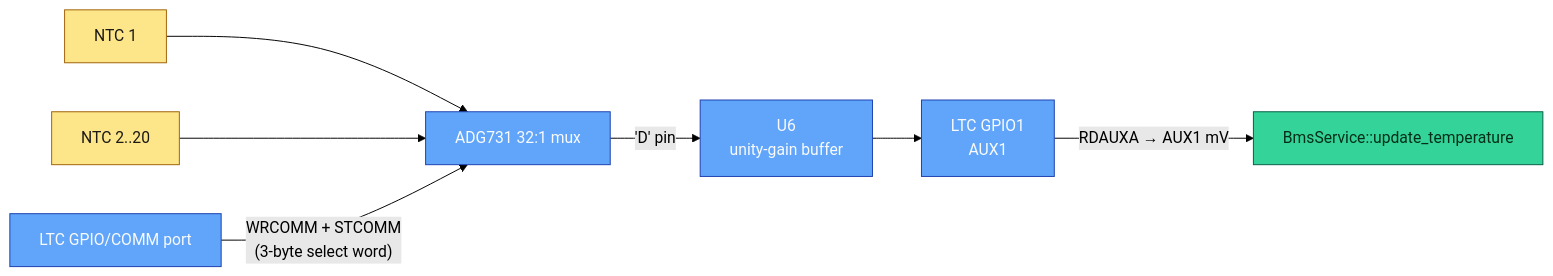
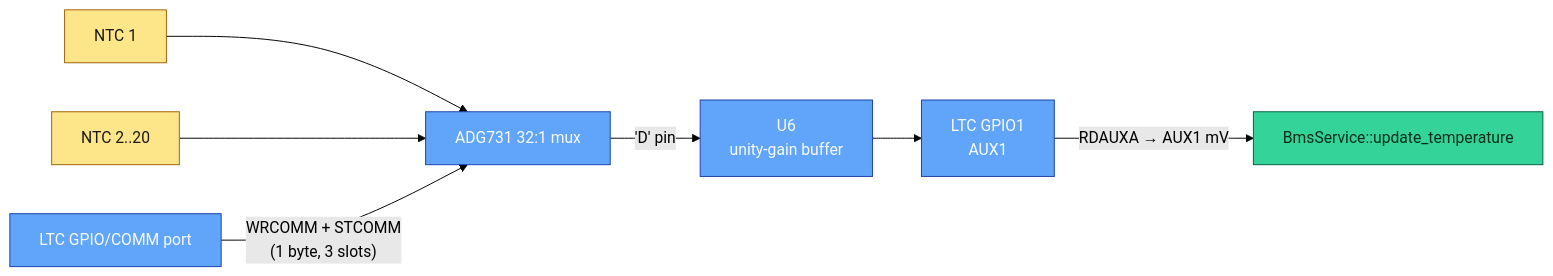
Before and after one commit to isc-fs/IFS08-CE-AMS: the second of 3 diagrams in docs/BMS_LTC6811.md, drawn with Mermaid (forest theme). The commit also changed other lines of this file and 13 other files, not shown here.

````diff
--- a/docs/BMS_LTC6811.md
+++ b/docs/BMS_LTC6811.md
@@ -140,17 +178,17 @@
 ```mermaid
 flowchart LR
     NTC1[NTC 1] --> ADG[ADG731 32:1 mux]
     NTCx[NTC 2..20] --> ADG
     ADG -- 'D' pin --> OPAMP[U6<br/>unity-gain buffer]
     OPAMP --> GPIO1[LTC GPIO1<br/>AUX1]
     GPIO1 -- "RDAUXA → AUX1 mV" --> FW[BmsService::update_temperature]
 
-    LTC_COMM[LTC GPIO/COMM port] -- "WRCOMM + STCOMM<br/>(3-byte select word)" --> ADG
+    LTC_COMM[LTC GPIO/COMM port] -- "WRCOMM + STCOMM<br/>(1 byte, 3 slots)" --> ADG
 
     classDef ntc fill:#fde68a,stroke:#a16207,color:#1c1917
     classDef chip fill:#60a5fa,stroke:#1e40af,color:#f8fafc
     classDef sw   fill:#34d399,stroke:#065f46,color:#052e16
     class NTC1,NTCx ntc
     class ADG,OPAMP,GPIO1,LTC_COMM chip
     class FW sw
 ```
````
